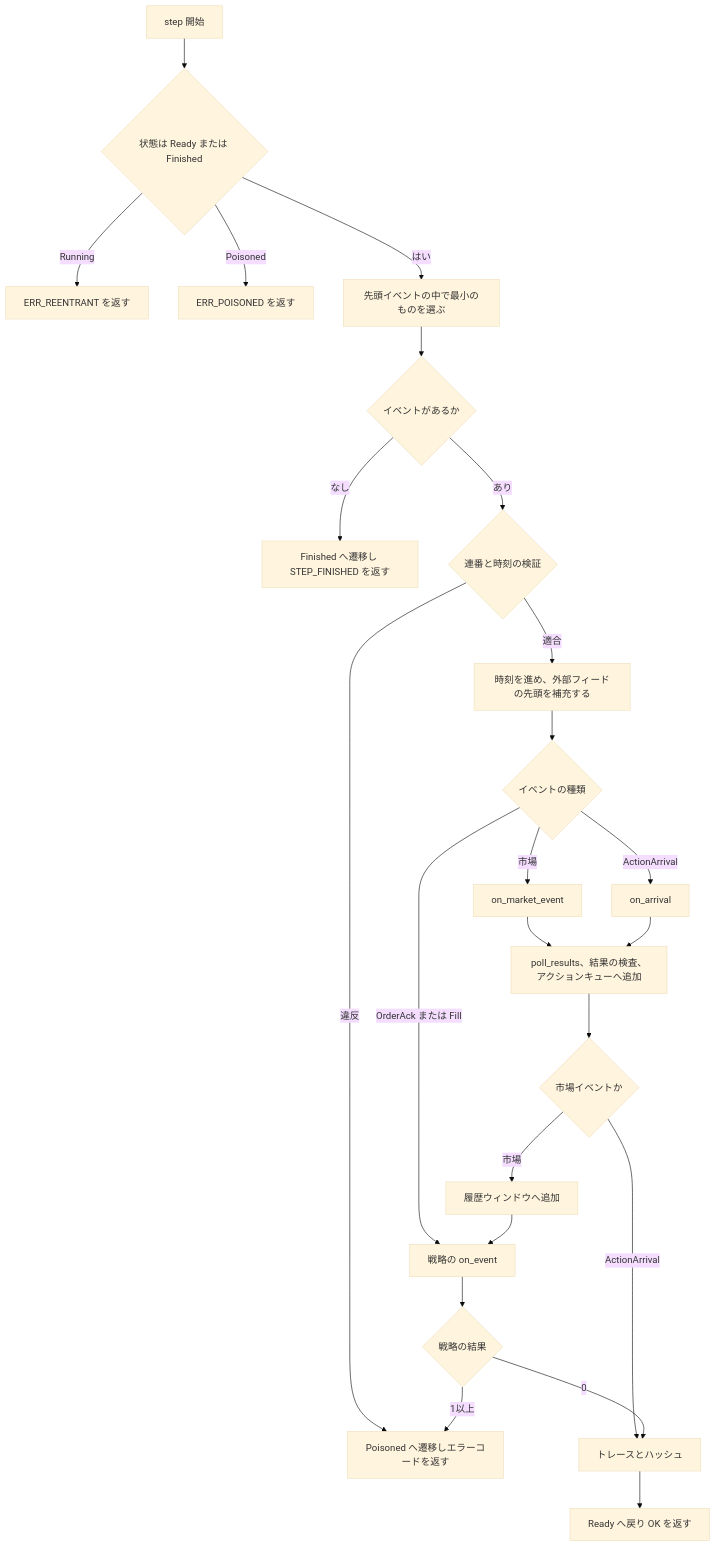
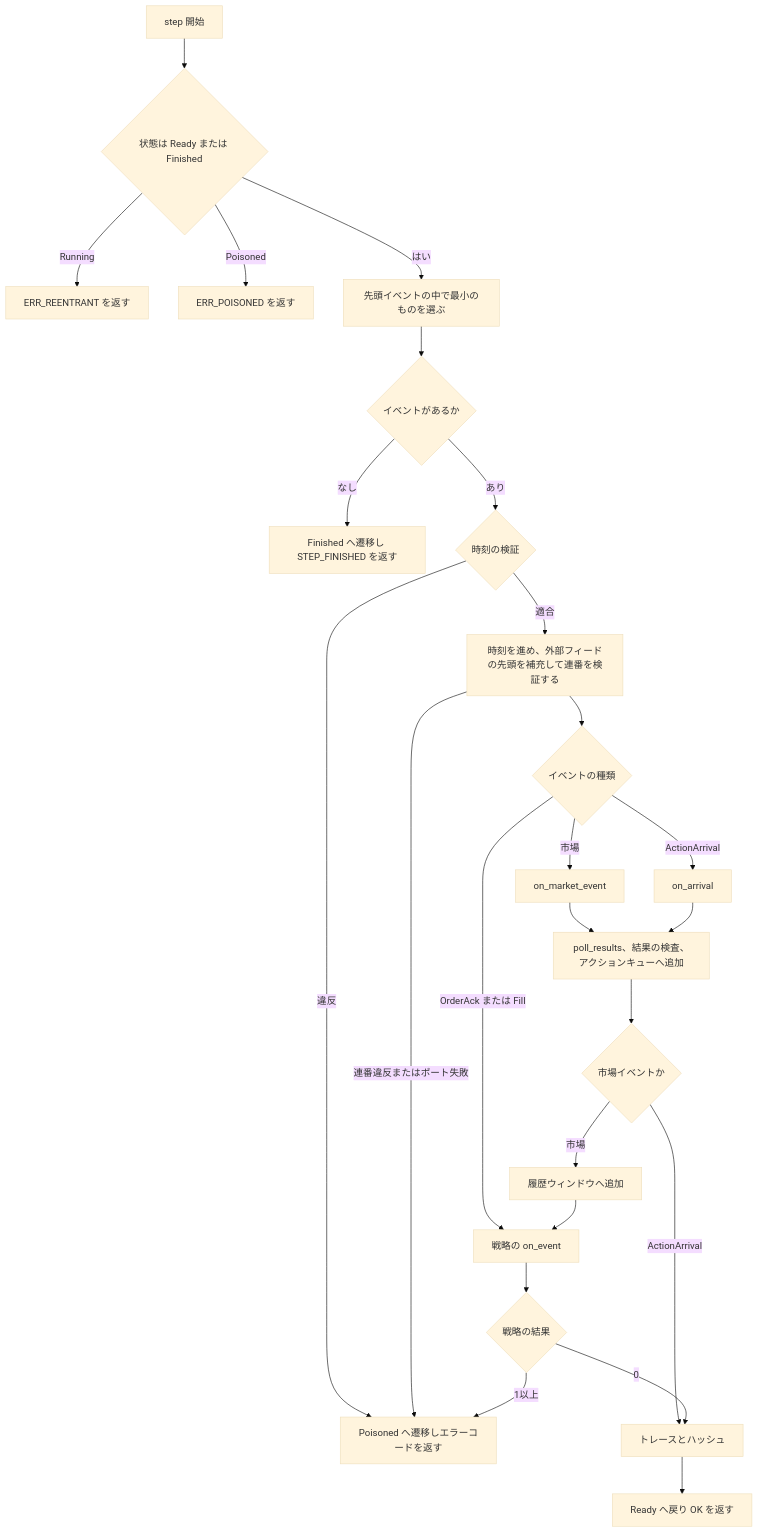
The first of 2 diagrams in docs/design/EK-DD-001_カーネルコア詳細設計書.md (xzyozi/event_kernel), drawn with Mermaid (base theme) before and after one commit. The commit also changed other lines of this file and 2 other files, not shown here.

````diff
--- a/docs/design/EK-DD-001_カーネルコア詳細設計書.md
+++ b/docs/design/EK-DD-001_カーネルコア詳細設計書.md
@@ -337,26 +359,27 @@
 ```mermaid
 flowchart TD
     Start["step 開始"] --> Guard{"状態は Ready または Finished"}
     Guard -->|"Running"| ErrRe["ERR_REENTRANT を返す"]
     Guard -->|"Poisoned"| ErrPo["ERR_POISONED を返す"]
     Guard -->|"はい"| Next["先頭イベントの中で最小のものを選ぶ"]
     Next --> Empty{"イベントがあるか"}
     Empty -->|"なし"| Fin["Finished へ遷移し STEP_FINISHED を返す"]
-    Empty -->|"あり"| Causal{"連番と時刻の検証"}
+    Empty -->|"あり"| Causal{"時刻の検証"}
     Causal -->|"違反"| Poison["Poisoned へ遷移しエラーコードを返す"]
-    Causal -->|"適合"| Clock["時刻を進め、外部フィードの先頭を補充する"]
+    Causal -->|"適合"| Clock["時刻を進め、外部フィードの先頭を補充して連番を検証する"]
+    Clock -->|"連番違反またはポート失敗"| Poison
     Clock --> Kind{"イベントの種類"}
     Kind -->|"市場"| ExecMkt["on_market_event"]
     Kind -->|"ActionArrival"| ExecArr["on_arrival"]
     Kind -->|"OrderAck または Fill"| Notify
     ExecMkt --> Poll["poll_results、結果の検査、アクションキューへ追加"]
     ExecArr --> Poll
     Poll --> Which{"市場イベントか"}
     Which -->|"市場"| Hist["履歴ウィンドウへ追加"]
     Which -->|"ActionArrival"| Trace
     Hist --> Notify["戦略の on_event"]
     Notify --> StratErr{"戦略の結果"}
     StratErr -->|"1以上"| Poison
     StratErr -->|"0"| Trace["トレースとハッシュ"]
     Trace --> Done["Ready へ戻り OK を返す"]
 ```
````
